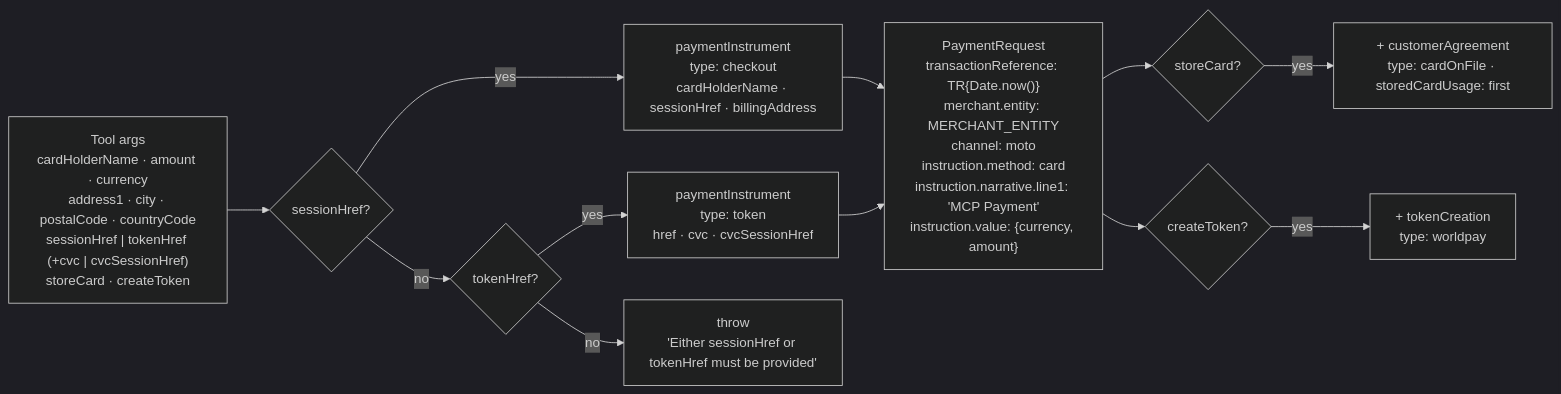
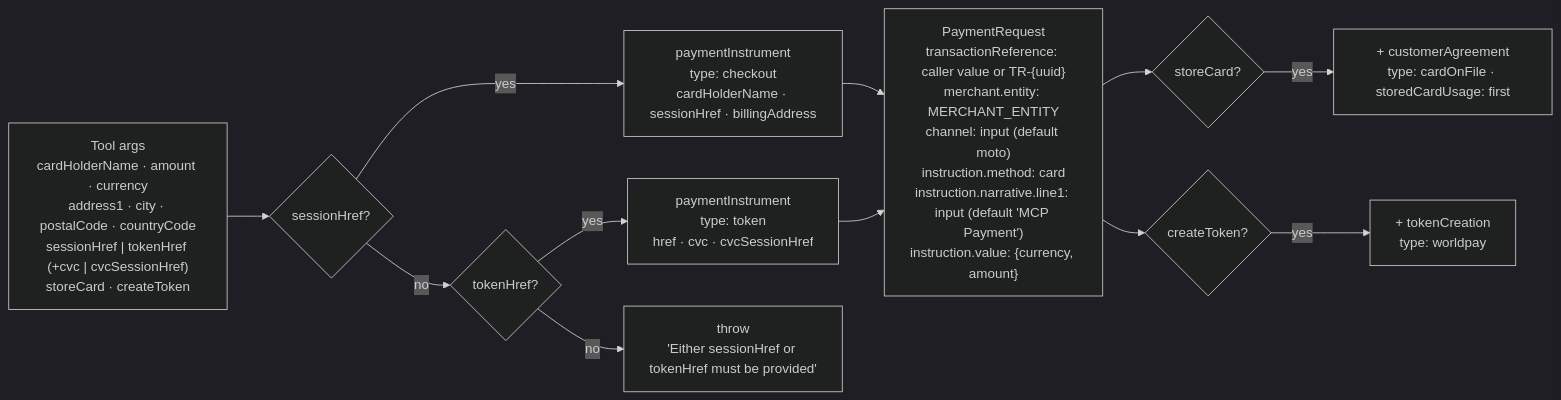
One commit to davendra/worldpay-mcp changed the third of 3 diagrams in docs/architecture.md. Above: the diagram before and after it, drawn with Mermaid (dark theme). The commit also changed other lines of this file and 7 other files, not shown here.

````diff
--- a/docs/architecture.md
+++ b/docs/architecture.md
@@ -194,16 +190,16 @@
 ```mermaid
 flowchart LR
     A["Tool args<br/>cardHolderName · amount · currency<br/>address1 · city · postalCode · countryCode<br/>sessionHref | tokenHref (+cvc | cvcSessionHref)<br/>storeCard · createToken"]
     A --> B{"sessionHref?"}
     B -- yes --> C["paymentInstrument<br/>type: checkout<br/>cardHolderName · sessionHref · billingAddress"]
     B -- no --> D{"tokenHref?"}
     D -- yes --> E["paymentInstrument<br/>type: token<br/>href · cvc · cvcSessionHref"]
     D -- no --> F["throw<br/>'Either sessionHref or tokenHref must be provided'"]
     C --> G
     E --> G
-    G["PaymentRequest<br/>transactionReference: TR{Date.now()}<br/>merchant.entity: MERCHANT_ENTITY<br/>channel: moto<br/>instruction.method: card<br/>instruction.narrative.line1: 'MCP Payment'<br/>instruction.value: {currency, amount}"]
+    G["PaymentRequest<br/>transactionReference: caller value or TR-{uuid}<br/>merchant.entity: MERCHANT_ENTITY<br/>channel: input (default moto)<br/>instruction.method: card<br/>instruction.narrative.line1: input (default 'MCP Payment')<br/>instruction.value: {currency, amount}"]
     G --> H{"storeCard?"}
     H -- yes --> I["+ customerAgreement<br/>type: cardOnFile · storedCardUsage: first"]
     G --> J{"createToken?"}
     J -- yes --> K["+ tokenCreation<br/>type: worldpay"]
 ```
````
